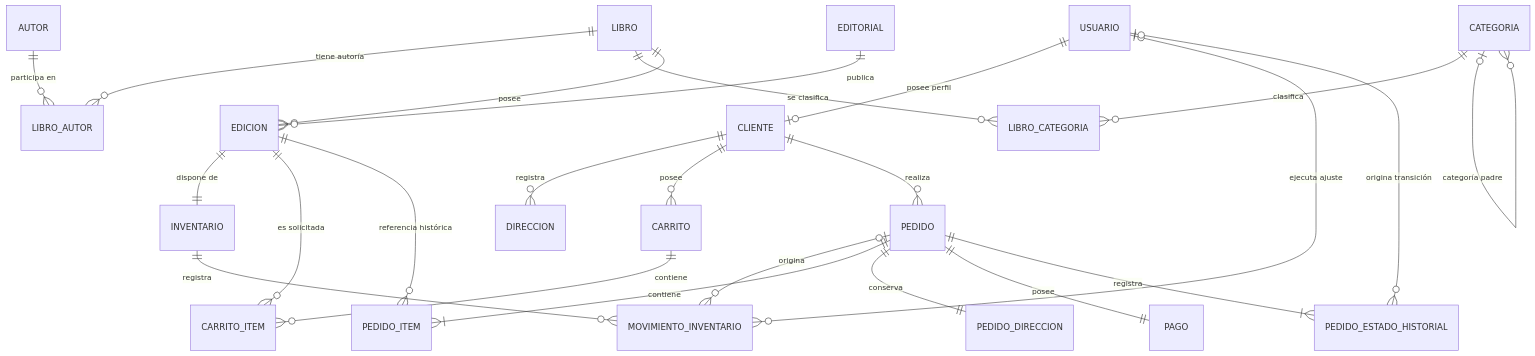
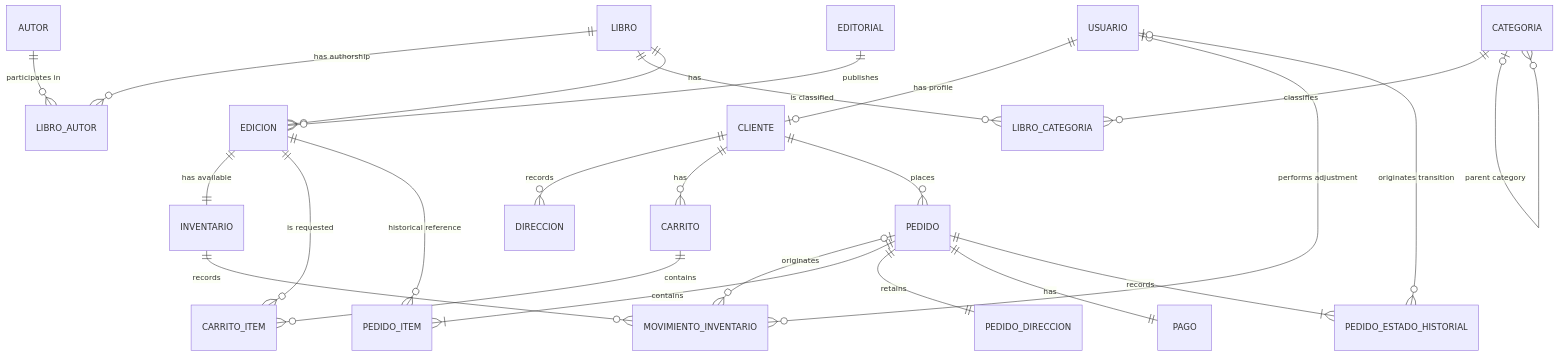
Before and after one commit to andres18113/pliego-muejeje: the first of 6 diagrams in logical-erd-v1.0.md, drawn with Mermaid. The commit also changed other lines of this file and 6 other files, not shown here.

````diff
--- a/logical-erd-v1.0.md
+++ b/logical-erd-v1.0.md
@@ -189,35 +189,35 @@
 ```mermaid
 erDiagram
-    USUARIO ||--o| CLIENTE : "posee perfil"
-    CLIENTE ||--o{ DIRECCION : "registra"
-    CLIENTE ||--o{ CARRITO : "posee"
-    CLIENTE ||--o{ PEDIDO : "realiza"
+    USUARIO ||--o| CLIENTE : "has profile"
+    CLIENTE ||--o{ DIRECCION : "records"
+    CLIENTE ||--o{ CARRITO : "has"
+    CLIENTE ||--o{ PEDIDO : "places"
 
-    LIBRO ||--o{ LIBRO_AUTOR : "tiene autoría"
-    AUTOR ||--o{ LIBRO_AUTOR : "participa en"
+    LIBRO ||--o{ LIBRO_AUTOR : "has authorship"
+    AUTOR ||--o{ LIBRO_AUTOR : "participates in"
 
-    LIBRO ||--o{ LIBRO_CATEGORIA : "se clasifica"
-    CATEGORIA ||--o{ LIBRO_CATEGORIA : "clasifica"
+    LIBRO ||--o{ LIBRO_CATEGORIA : "is classified"
+    CATEGORIA ||--o{ LIBRO_CATEGORIA : "classifies"
 
-    CATEGORIA o|--o{ CATEGORIA : "categoría padre"
+    CATEGORIA o|--o{ CATEGORIA : "parent category"
 
-    LIBRO ||--o{ EDICION : "posee"
-    EDITORIAL ||--o{ EDICION : "publica"
+    LIBRO ||--o{ EDICION : "has"
+    EDITORIAL ||--o{ EDICION : "publishes"
 
-    EDICION ||--|| INVENTARIO : "dispone de"
-    INVENTARIO ||--o{ MOVIMIENTO_INVENTARIO : "registra"
-    PEDIDO o|--o{ MOVIMIENTO_INVENTARIO : "origina"
-    USUARIO o|--o{ MOVIMIENTO_INVENTARIO : "ejecuta ajuste"
+    EDICION ||--|| INVENTARIO : "has available"
+    INVENTARIO ||--o{ MOVIMIENTO_INVENTARIO : "records"
+    PEDIDO o|--o{ MOVIMIENTO_INVENTARIO : "originates"
+    USUARIO o|--o{ MOVIMIENTO_INVENTARIO : "performs adjustment"
 
-    CARRITO ||--o{ CARRITO_ITEM : "contiene"
-    EDICION ||--o{ CARRITO_ITEM : "es solicitada"
+    CARRITO ||--o{ CARRITO_ITEM : "contains"
+    EDICION ||--o{ CARRITO_ITEM : "is requested"
 
-    PEDIDO ||--|{ PEDIDO_ITEM : "contiene"
-    EDICION ||--o{ PEDIDO_ITEM : "referencia histórica"
+    PEDIDO ||--|{ PEDIDO_ITEM : "contains"
+    EDICION ||--o{ PEDIDO_ITEM : "historical reference"
 
-    PEDIDO ||--|| PEDIDO_DIRECCION : "conserva"
-    PEDIDO ||--|| PAGO : "posee"
-    PEDIDO ||--|{ PEDIDO_ESTADO_HISTORIAL : "registra"
+    PEDIDO ||--|| PEDIDO_DIRECCION : "retains"
+    PEDIDO ||--|| PAGO : "has"
+    PEDIDO ||--|{ PEDIDO_ESTADO_HISTORIAL : "records"
 
-    USUARIO o|--o{ PEDIDO_ESTADO_HISTORIAL : "origina transición"
+    USUARIO o|--o{ PEDIDO_ESTADO_HISTORIAL : "originates transition"
 ```
````
